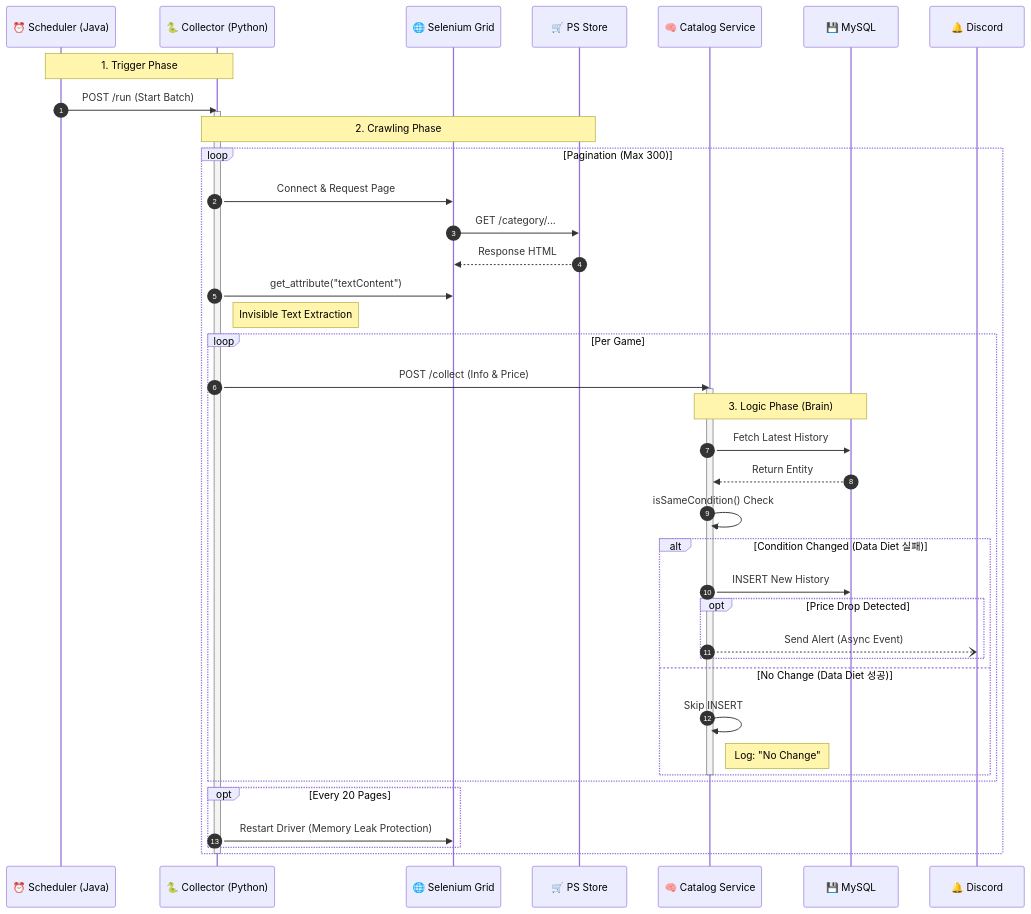
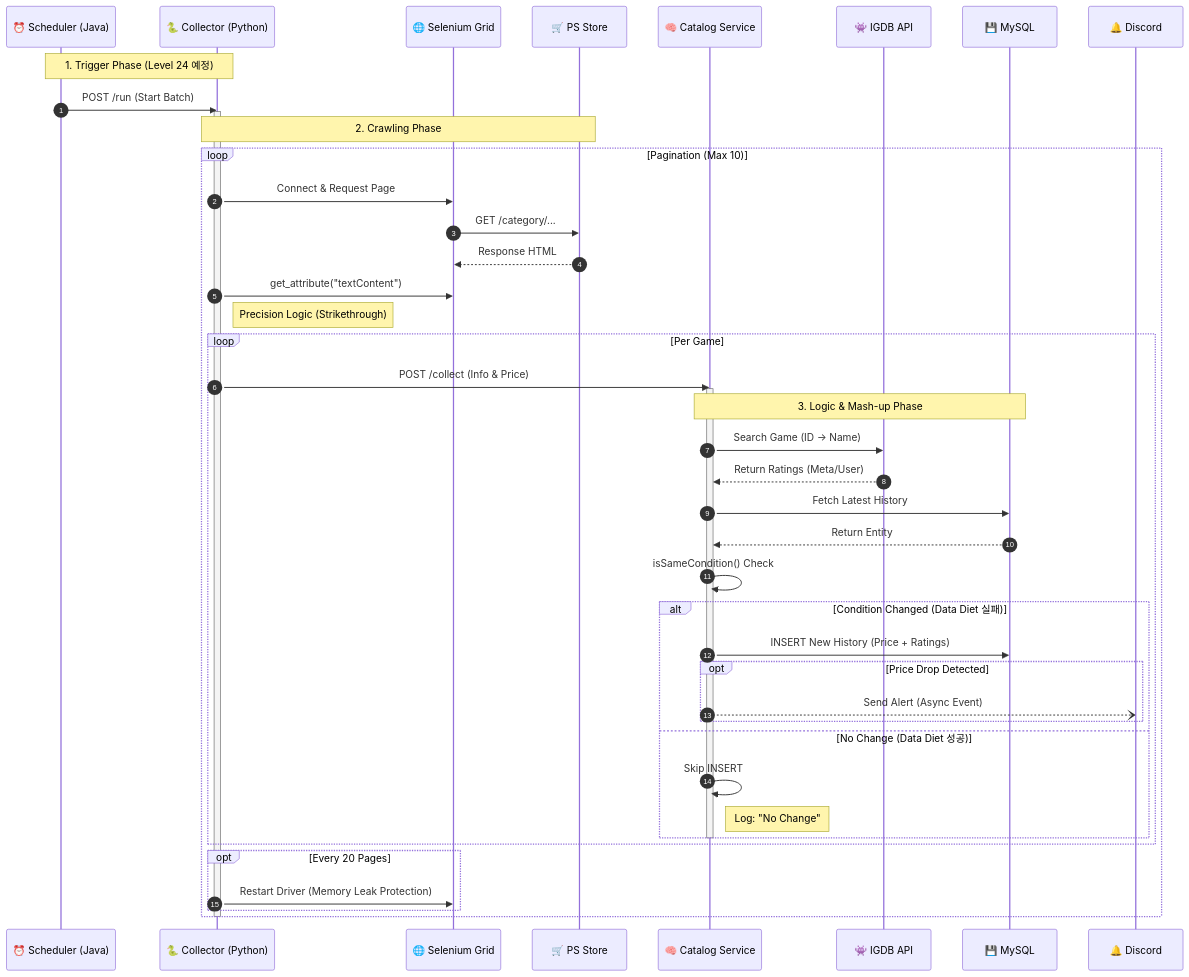
The diagram in msa/apps/README.md (ygpark11/backend-lab), drawn with Mermaid before and after one commit. The commit also changed other lines of this file, not shown here.

````diff
--- a/msa/apps/README.md
+++ b/msa/apps/README.md
@@ -107,52 +74,58 @@
 ```mermaid
 sequenceDiagram
     autonumber
     participant Scheduler as ⏰ Scheduler (Java)
     participant Crawler as 🐍 Collector (Python)
     participant Chrome as 🌐 Selenium Grid
     participant Store as 🛒 PS Store
     participant Service as 🧠 Catalog Service
+    participant IGDB as 👾 IGDB API
     participant DB as 💾 MySQL
     participant Discord as 🔔 Discord
 
-    Note over Scheduler, Crawler: 1. Trigger Phase
+    Note over Scheduler, Crawler: 1. Trigger Phase (Level 24 예정)
     Scheduler->>Crawler: POST /run (Start Batch)
     activate Crawler
     
     Note over Crawler, Store: 2. Crawling Phase
-    loop Pagination (Max 300)
+    loop Pagination (Max 10)
         Crawler->>Chrome: Connect & Request Page
         Chrome->>Store: GET /category/...
         Store-->>Chrome: Response HTML
         Crawler->>Chrome: get_attribute("textContent")
-        Note right of Crawler: Invisible Text Extraction
+        Note right of Crawler: Precision Logic (Strikethrough)
 
         loop Per Game
             Crawler->>Service: POST /collect (Info & Price)
             activate Service
             
-            Note over Service, DB: 3. Logic Phase (Brain)
+            Note over Service, DB: 3. Logic & Mash-up Phase
+            
+            %% [Level 23 추가] IGDB 연동 구간
+            Service->>IGDB: Search Game (ID -> Name)
+            IGDB-->>Service: Return Ratings (Meta/User)
+            
             Service->>DB: Fetch Latest History
             DB-->>Service: Return Entity
             
             Service->>Service: isSameCondition() Check
             
             alt Condition Changed (Data Diet 실패)
-                Service->>DB: INSERT New History
+                Service->>DB: INSERT New History (Price + Ratings)
                 
                 opt Price Drop Detected
                     Service--)Discord: Send Alert (Async Event)
                 end
             else No Change (Data Diet 성공)
                 Service->>Service: Skip INSERT
                 Note right of Service: Log: "No Change"
             end
             deactivate Service
         end
         
         opt Every 20 Pages
             Crawler->>Chrome: Restart Driver (Memory Leak Protection)
         end
     end
     deactivate Crawler
 ```
````
